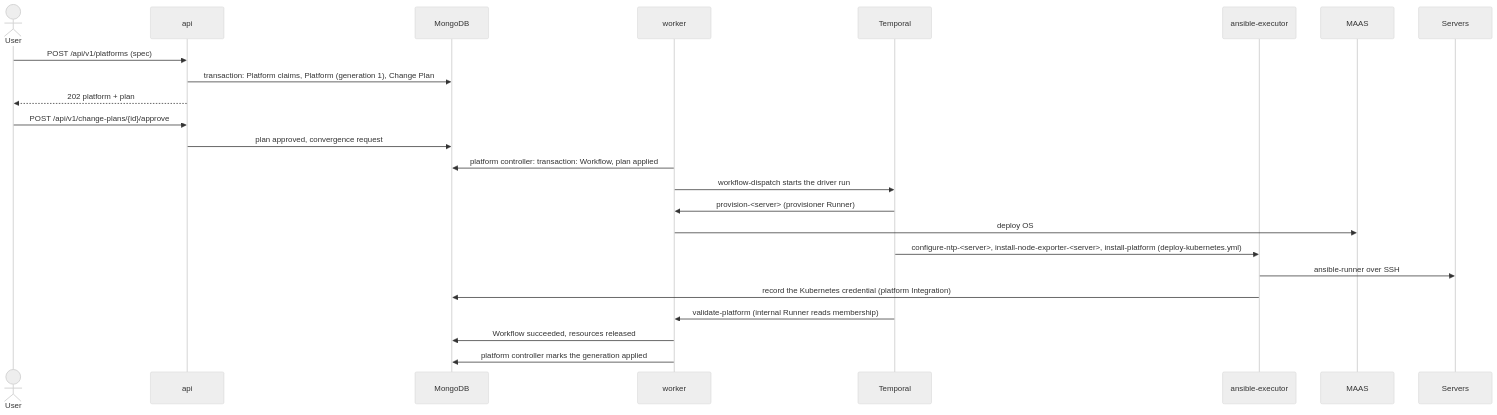
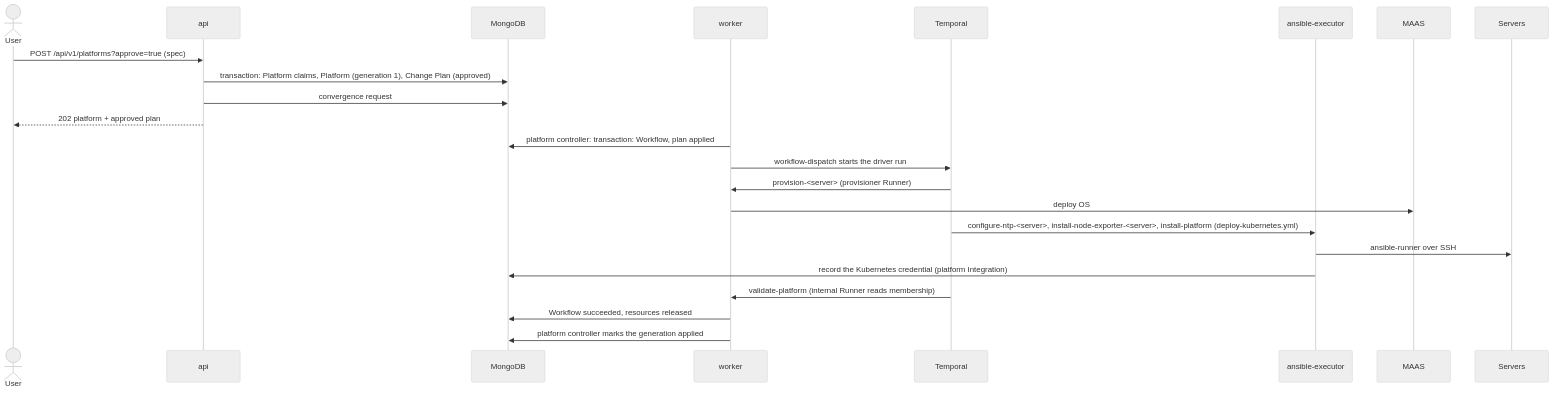
One commit to maple52046/swallow changed the second of 2 diagrams in docs/development/system-overview.md. Above: the diagram before and after it, drawn with Mermaid (neutral theme). The commit also changed other lines of this file and 9 other files, not shown here.

````diff
--- a/docs/development/system-overview.md
+++ b/docs/development/system-overview.md
@@ -129,27 +131,26 @@
 ```mermaid
 sequenceDiagram
     actor User
     participant API as api
     participant DB as MongoDB
     participant W as worker
     participant T as Temporal
     participant X as ansible-executor
     participant MAAS
     participant Hosts as Servers
 
-    User->>API: POST /api/v1/platforms (spec)
-    API->>DB: transaction: Platform claims, Platform (generation 1), Change Plan
-    API-->>User: 202 platform + plan
-    User->>API: POST /api/v1/change-plans/{id}/approve
-    API->>DB: plan approved, convergence request
+    User->>API: POST /api/v1/platforms?approve=true (spec)
+    API->>DB: transaction: Platform claims, Platform (generation 1), Change Plan (approved)
+    API->>DB: convergence request
+    API-->>User: 202 platform + approved plan
     W->>DB: platform controller: transaction: Workflow, plan applied
     W->>T: workflow-dispatch starts the driver run
     T->>W: provision-<server> (provisioner Runner)
     W->>MAAS: deploy OS
     T->>X: configure-ntp-<server>, install-node-exporter-<server>, install-platform (deploy-kubernetes.yml)
     X->>Hosts: ansible-runner over SSH
     X->>DB: record the Kubernetes credential (platform Integration)
     T->>W: validate-platform (internal Runner reads membership)
     W->>DB: Workflow succeeded, resources released
     W->>DB: platform controller marks the generation applied
 ```
````
